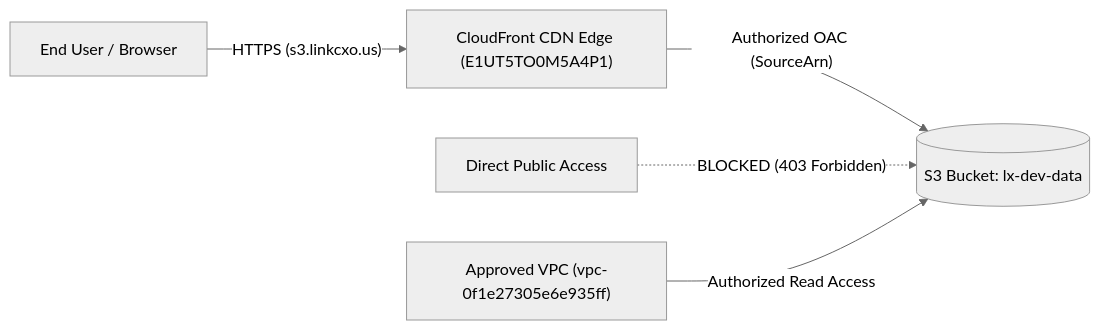
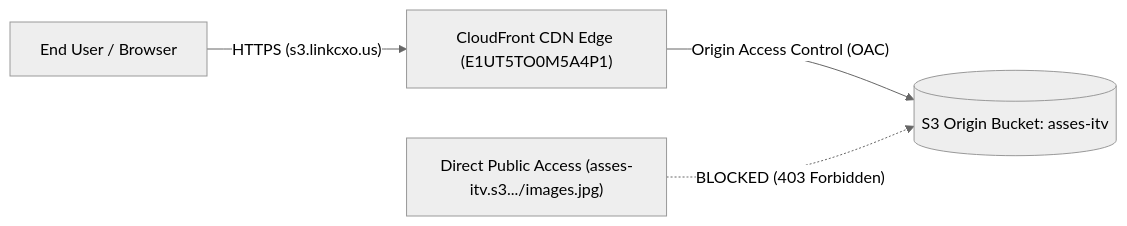
Before and after one commit to Sphere-in/Assignment-itvedant: the diagram in S3+Cloudfront/README.md, drawn with Mermaid (neutral theme). The commit also changed other lines of this file and 7 other files, not shown here.

````diff
--- a/S3+Cloudfront/README.md
+++ b/S3+Cloudfront/README.md
@@ -22,7 +23,6 @@
 ```mermaid
 flowchart LR
     A["End User / Browser"] -->|"HTTPS (s3.linkcxo.us)"| B["CloudFront CDN Edge (E1UT5TO0M5A4P1)"]
-    B -->|"Authorized OAC (SourceArn)"| C[("S3 Bucket: lx-dev-data")]
-    D["Direct Public Access"] -.->|"BLOCKED (403 Forbidden)"| C
-    E["Approved VPC (vpc-0f1e27305e6e935ff)"] -->|"Authorized Read Access"| C
+    B -->|"Origin Access Control (OAC)"| C[("S3 Origin Bucket: asses-itv")]
+    D["Direct Public Access (asses-itv.s3.../images.jpg)"] -.->|"BLOCKED (403 Forbidden)"| C
 ```
````
